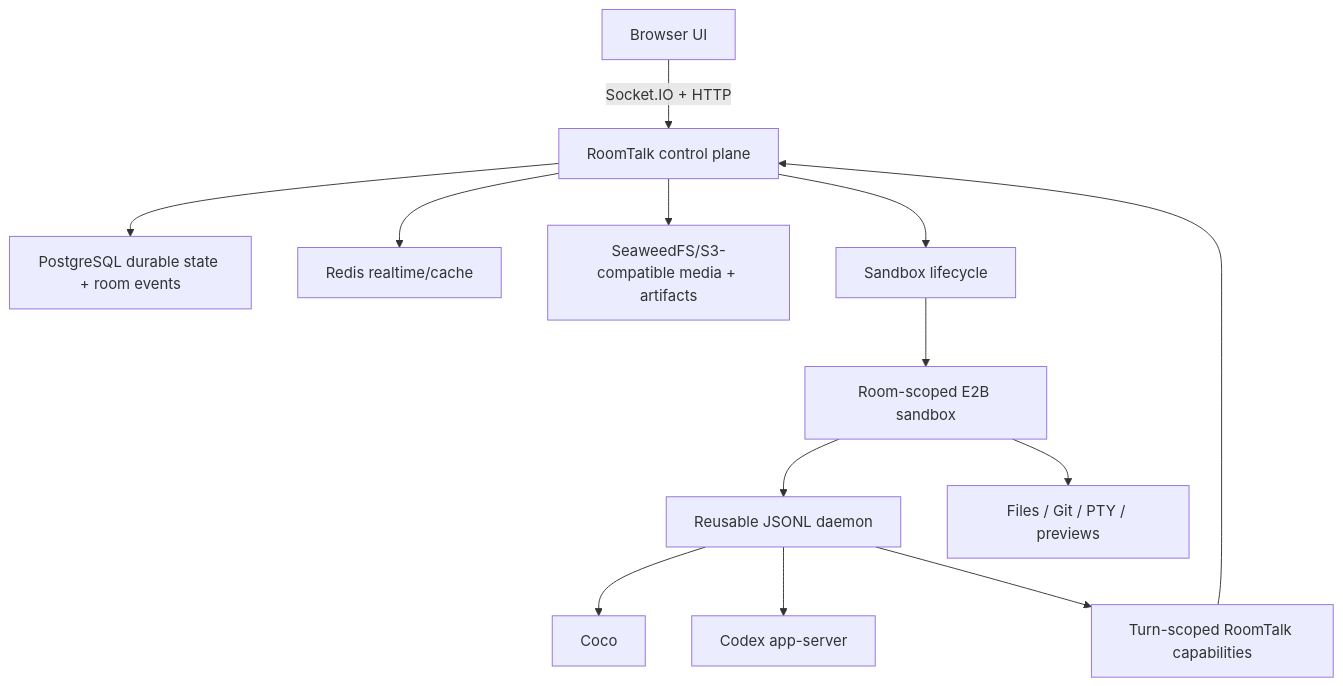
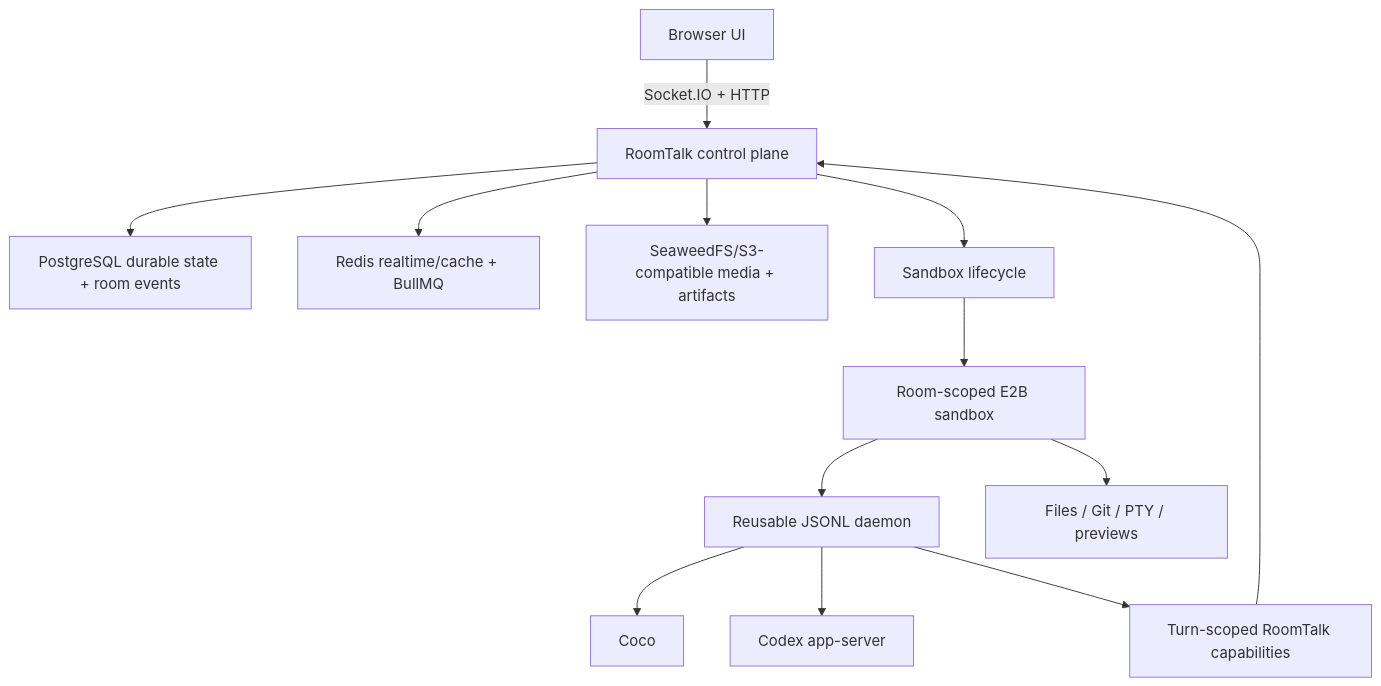
One commit to Skymore/roomtalk changed the diagram in docs/code-agent-runtime-architecture.zh.md. Above: the diagram before and after it, drawn with Mermaid. The commit also changed other lines of this file and 37 other files, not shown here.

````diff
--- a/docs/code-agent-runtime-architecture.zh.md
+++ b/docs/code-agent-runtime-architecture.zh.md
@@ -28,15 +28,15 @@
 ```mermaid
 flowchart TB
   UI["Browser UI"] -->|"Socket.IO + HTTP"| Node["RoomTalk control plane"]
   Node --> Durable["PostgreSQL durable state + room events"]
-  Node --> Redis["Redis realtime/cache"]
+  Node --> Redis["Redis realtime/cache + BullMQ"]
   Node --> Objects["SeaweedFS/S3-compatible media + artifacts"]
   Node --> Lifecycle["Sandbox lifecycle"]
   Lifecycle --> E2B["Room-scoped E2B sandbox"]
   E2B --> Daemon["Reusable JSONL daemon"]
   Daemon --> Coco["Coco"]
   Daemon --> Codex["Codex app-server"]
   E2B --> Workspace["Files / Git / PTY / previews"]
   Daemon --> Broker["Turn-scoped RoomTalk capabilities"]
   Broker --> Node
 ```
````
